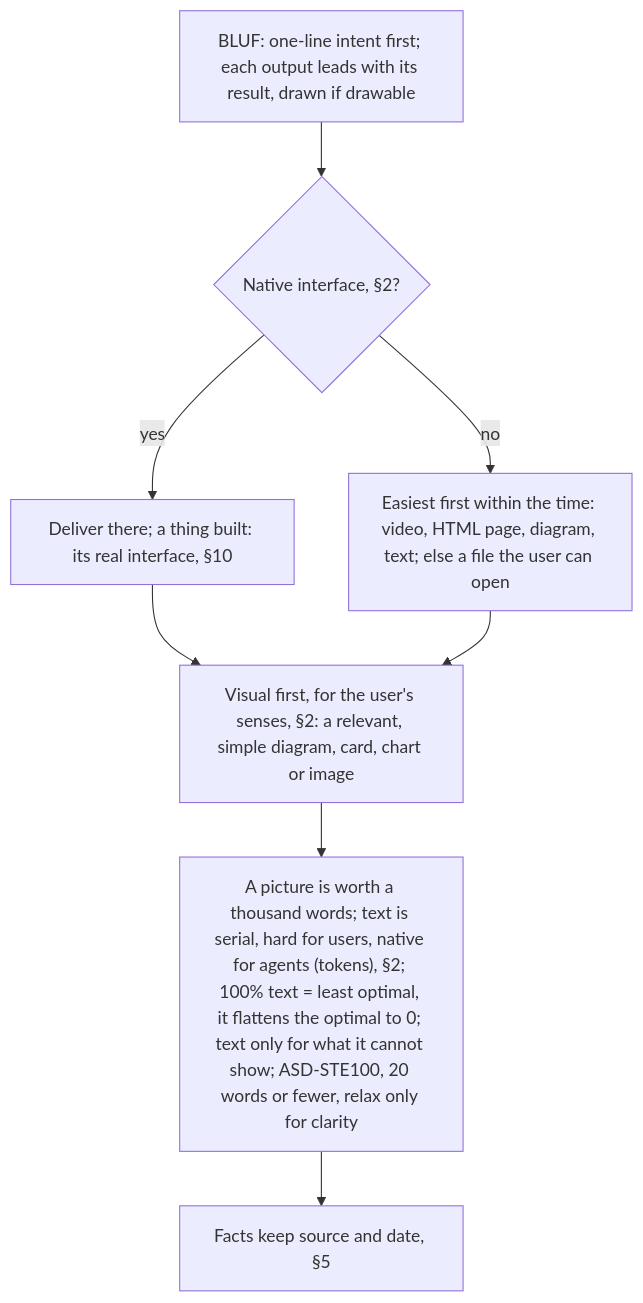
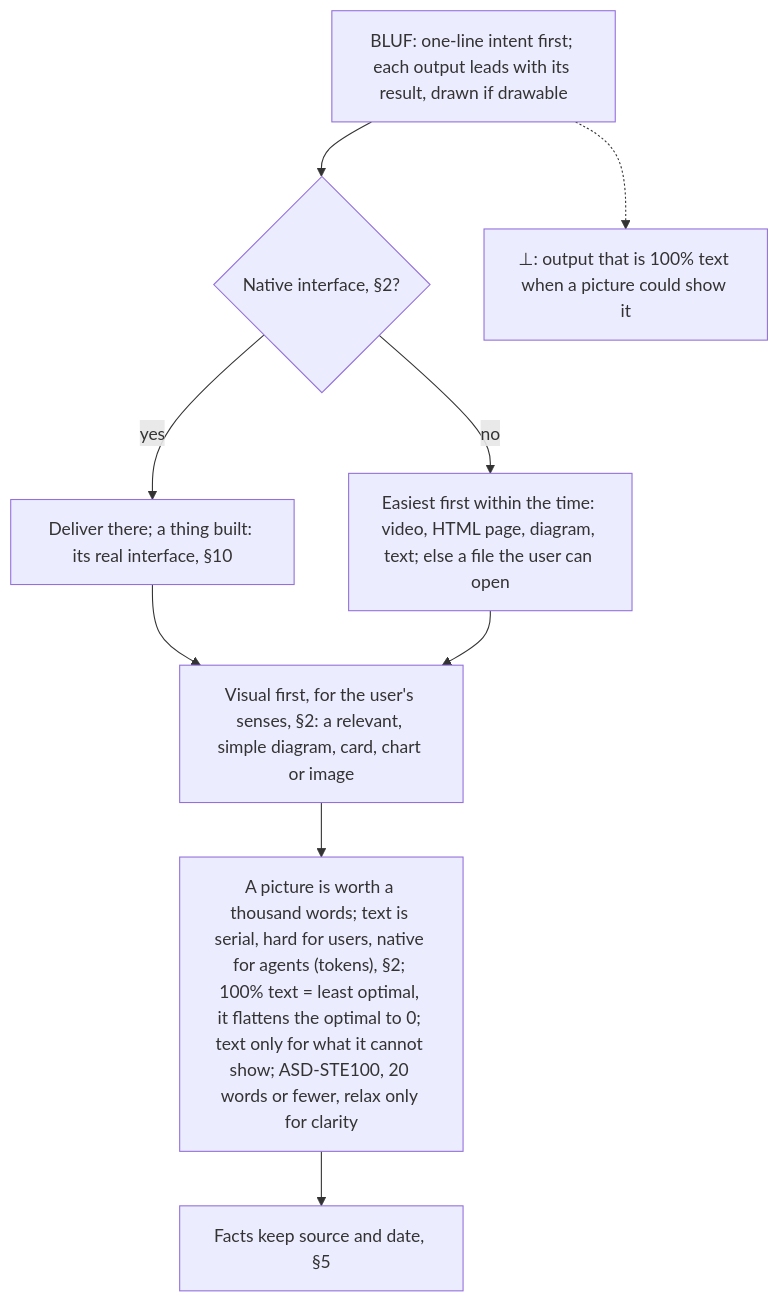
One commit to SolenixAI/arbiter changed diagram 12 of 14 in AGENTS.md. Above: the diagram before and after it, drawn with Mermaid. The commit also changed other lines of this file, not shown here.

````diff
--- a/AGENTS.md
+++ b/AGENTS.md
@@ -521,10 +557,11 @@
 ```mermaid
 flowchart TD
   IL["BLUF: one-line intent first; each output leads with its result, drawn if drawable"] --> N{Native interface, §2?}
   N -->|yes| V["Deliver there; a thing built: its real interface, §10"]
   N -->|no| F["Easiest first within the time: video, HTML page, diagram, text; else a file the user can open"]
   V --> VF["Visual first, for the user's senses, §2: a relevant, simple diagram, card, chart or image"]
   F --> VF
   VF --> T["A picture is worth a thousand words; text is serial, hard for users, native for agents (tokens), §2; 100% text = least optimal, it flattens the optimal to 0; text only for what it cannot show; ASD-STE100, 20 words or fewer, relax only for clarity"]
   T --> E["Facts keep source and date, §5"]
+  IL -.-> BOT["⊥: output that is 100% text when a picture could show it"]
 ```
````
